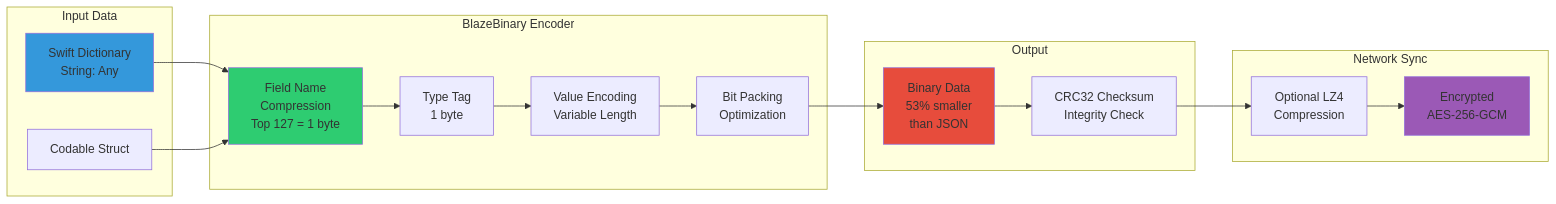
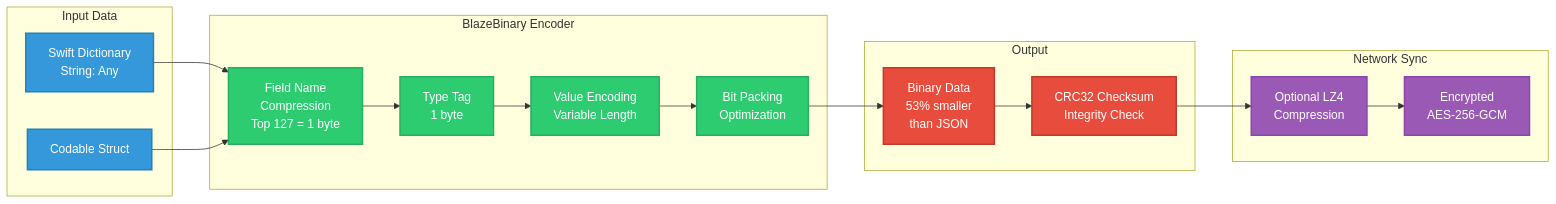
The fifth of 8 diagrams in README.md (Mikedan37/BlazeDB), drawn with Mermaid before and after one commit. The commit also changed other lines of this file, not shown here.

First line of the commit message:
Fix Mermaid diagram syntax errors and improve styling

````diff
--- a/README.md
+++ b/README.md
@@ -505,39 +525,44 @@
 ```mermaid
 graph LR
-    subgraph "Input Data"
-        D1[Swift Dictionary<br/>String: Any]
-        D2[Codable Struct]
+    subgraph Input["Input Data"]
+        D1["Swift Dictionary<br/>String: Any"]
+        D2["Codable Struct"]
     end
     
-    subgraph "BlazeBinary Encoder"
-        E1[Field Name<br/>Compression<br/>Top 127 = 1 byte]
-        E2[Type Tag<br/>1 byte]
-        E3[Value Encoding<br/>Variable Length]
-        E4[Bit Packing<br/>Optimization]
+    subgraph Encoder["BlazeBinary Encoder"]
+        E1["Field Name<br/>Compression<br/>Top 127 = 1 byte"]
+        E2["Type Tag<br/>1 byte"]
+        E3["Value Encoding<br/>Variable Length"]
+        E4["Bit Packing<br/>Optimization"]
     end
     
-    subgraph "Output"
-        O1[Binary Data<br/>53% smaller<br/>than JSON]
-        O2[CRC32 Checksum<br/>Integrity Check]
+    subgraph Output["Output"]
+        O1["Binary Data<br/>53% smaller<br/>than JSON"]
+        O2["CRC32 Checksum<br/>Integrity Check"]
     end
     
-    subgraph "Network Sync"
-        N1[Optional LZ4<br/>Compression]
-        N2[Encrypted<br/>AES-256-GCM]
+    subgraph Network["Network Sync"]
+        N1["Optional LZ4<br/>Compression"]
+        N2["Encrypted<br/>AES-256-GCM"]
     end
     
     D1 --> E1
     D2 --> E1
     E1 --> E2
     E2 --> E3
     E3 --> E4
     E4 --> O1
     O1 --> O2
     O2 --> N1
     N1 --> N2
     
-    style D1 fill:#3498db
-    style E1 fill:#2ecc71
-    style O1 fill:#e74c3c
-    style N2 fill:#9b59b6
+    classDef input fill:#3498db,stroke:#2980b9,stroke-width:2px,color:#fff
+    classDef encoder fill:#2ecc71,stroke:#27ae60,stroke-width:2px,color:#fff
+    classDef output fill:#e74c3c,stroke:#c0392b,stroke-width:2px,color:#fff
+    classDef network fill:#9b59b6,stroke:#8e44ad,stroke-width:2px,color:#fff
+    
+    class D1,D2 input
+    class E1,E2,E3,E4 encoder
+    class O1,O2 output
+    class N1,N2 network
 ```
````
